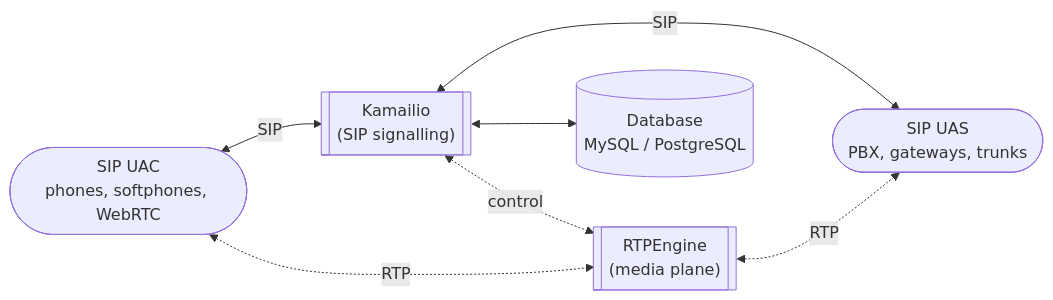
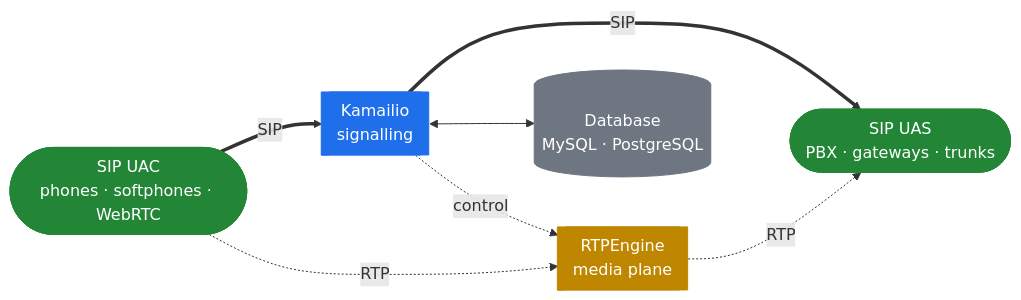
One commit to denyspozniak/kamailio-handbook changed the diagram in README.md. Above: the diagram before and after it, drawn with Mermaid. The commit also changed other lines of this file and 2 other files, not shown here.

First line of the commit message:
Polish READMEs: badges, language switcher, themed Mermaid diagrams

````diff
--- a/README.md
+++ b/README.md
@@ -16,15 +27,25 @@
 ```mermaid
 flowchart LR
-    UAC([SIP UAC<br/>phones, softphones, WebRTC])
-    Kamailio[["Kamailio<br/>(SIP signalling)"]]
-    RTP[["RTPEngine<br/>(media plane)"]]
-    DB[(Database<br/>MySQL / PostgreSQL)]
-    UAS([SIP UAS<br/>PBX, gateways, trunks])
+    UAC([SIP UAC<br/>phones · softphones · WebRTC])
+    Kam[["Kamailio<br/>signalling"]]
+    RTP[["RTPEngine<br/>media plane"]]
+    DB[("Database<br/>MySQL · PostgreSQL")]
+    UAS([SIP UAS<br/>PBX · gateways · trunks])
 
-    UAC <-- SIP --> Kamailio
-    Kamailio <-- SIP --> UAS
-    UAC <-. RTP .-> RTP
-    RTP <-. RTP .-> UAS
-    Kamailio <--> DB
-    Kamailio <-. control .-> RTP
+    UAC == SIP ==> Kam
+    Kam == SIP ==> UAS
+    UAC -. RTP .-> RTP
+    RTP -. RTP .-> UAS
+    Kam <--> DB
+    Kam -. control .-> RTP
+
+    classDef signal fill:#1f6feb,stroke:#1f6feb,color:#fff
+    classDef media fill:#bf8700,stroke:#bf8700,color:#fff
+    classDef store fill:#6e7681,stroke:#6e7681,color:#fff
+    classDef endpoint fill:#238636,stroke:#238636,color:#fff
+
+    class Kam signal
+    class RTP media
+    class DB store
+    class UAC,UAS endpoint
 ```
````
